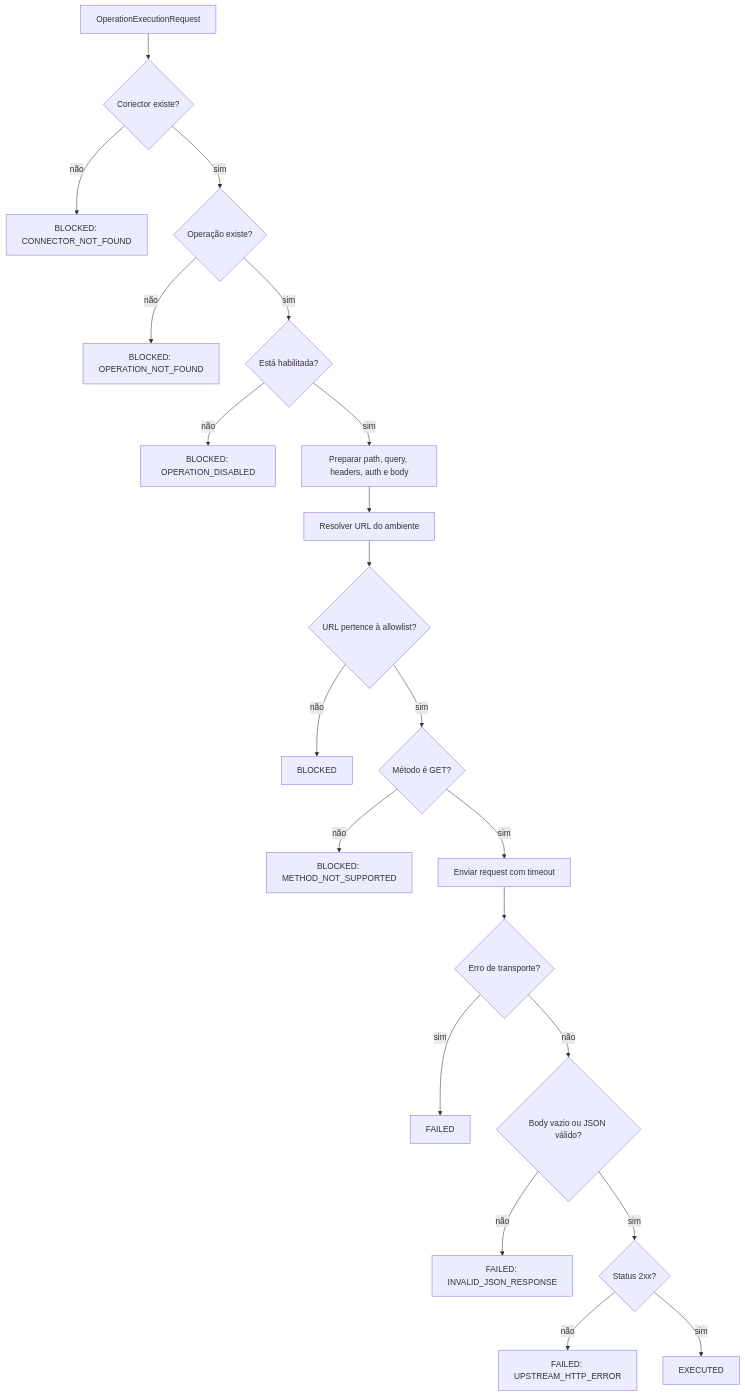
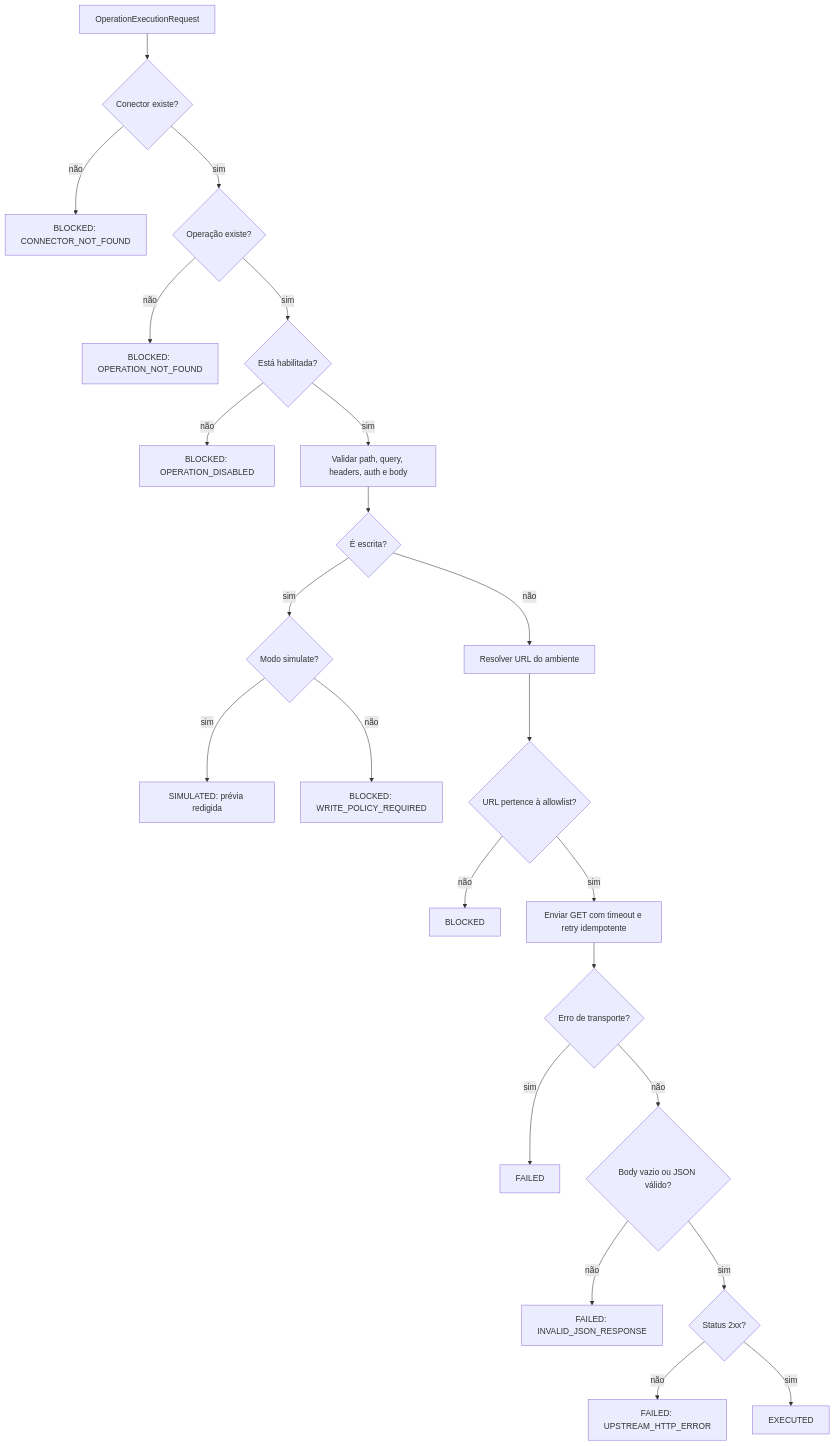
The fourth of 5 diagrams in docs/executor-study-guide.md (ChristianGandra21/indusguard), drawn with Mermaid before and after one commit. The commit also changed other lines of this file and 10 other files, not shown here.

````diff
--- a/docs/executor-study-guide.md
+++ b/docs/executor-study-guide.md
@@ -849,23 +852,25 @@
 ```mermaid
 flowchart TD
     A[OperationExecutionRequest] --> B{Conector existe?}
     B -- não --> B1[BLOCKED: CONNECTOR_NOT_FOUND]
     B -- sim --> C{Operação existe?}
     C -- não --> C1[BLOCKED: OPERATION_NOT_FOUND]
     C -- sim --> D{Está habilitada?}
     D -- não --> D1[BLOCKED: OPERATION_DISABLED]
-    D -- sim --> E[Preparar path, query, headers, auth e body]
-    E --> F[Resolver URL do ambiente]
+    D -- sim --> E[Validar path, query, headers, auth e body]
+    E --> W{É escrita?}
+    W -- sim --> S{Modo simulate?}
+    S -- sim --> S1[SIMULATED: prévia redigida]
+    S -- não --> S2[BLOCKED: WRITE_POLICY_REQUIRED]
+    W -- não --> F[Resolver URL do ambiente]
     F --> G{URL pertence à allowlist?}
     G -- não --> G1[BLOCKED]
-    G -- sim --> H{Método é GET?}
-    H -- não --> H1[BLOCKED: METHOD_NOT_SUPPORTED]
-    H -- sim --> I[Enviar request com timeout]
+    G -- sim --> I[Enviar GET com timeout e retry idempotente]
     I --> J{Erro de transporte?}
     J -- sim --> J1[FAILED]
     J -- não --> K{Body vazio ou JSON válido?}
     K -- não --> K1[FAILED: INVALID_JSON_RESPONSE]
     K -- sim --> L{Status 2xx?}
     L -- não --> L1[FAILED: UPSTREAM_HTTP_ERROR]
     L -- sim --> M[EXECUTED]
 ```
````
